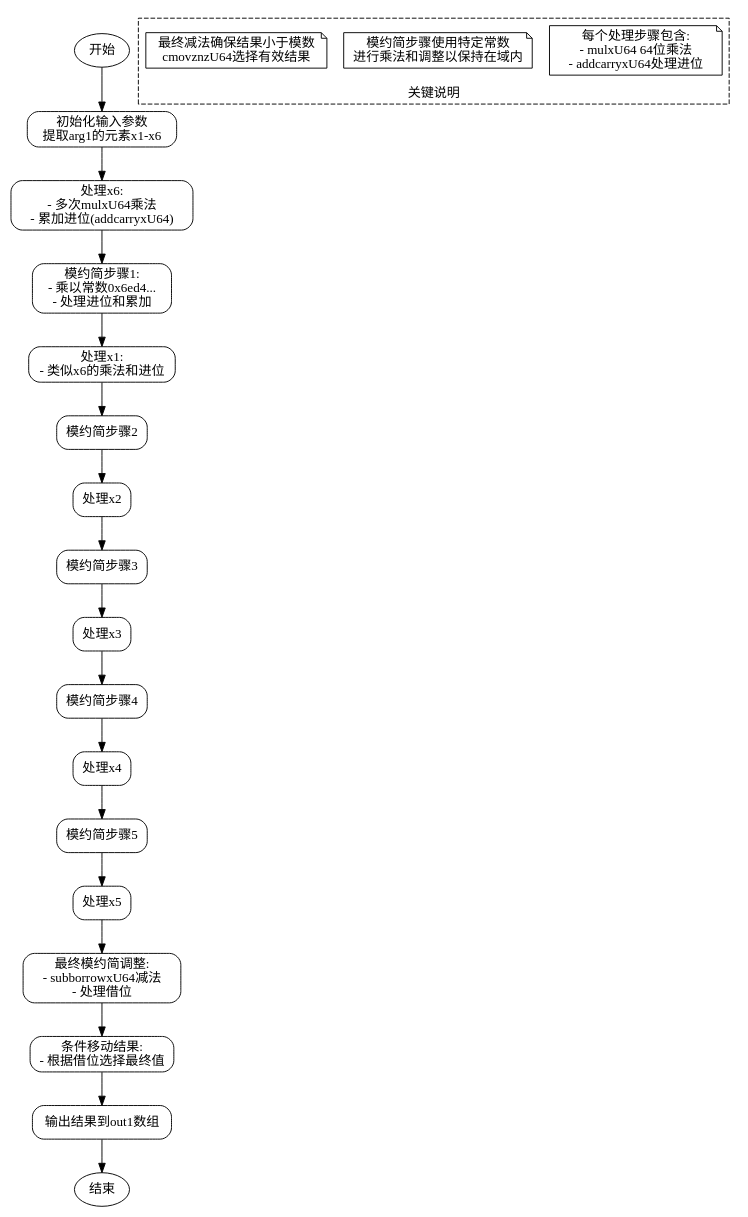
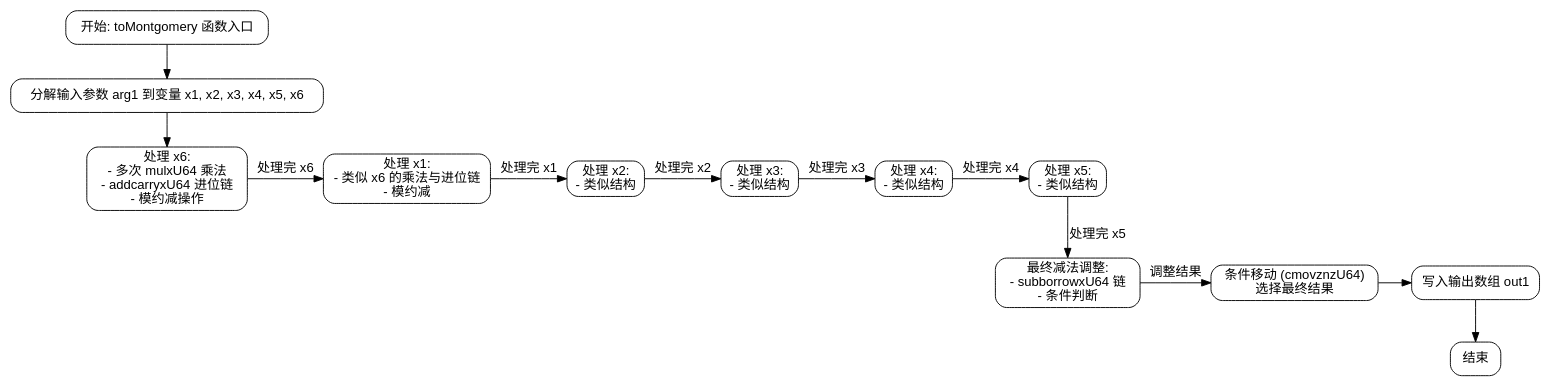
Before and after one commit to sdzx-1/deepseek-zig-reader: the diagram in dot_std/crypto/pcurves/p384/p384_scalar_64.zig.toMontgomery.md, drawn with Graphviz. The commit also changed other lines of this file and 236 other files, not shown here.

````diff
--- a/dot_std/crypto/pcurves/p384/p384_scalar_64.zig.toMontgomery.md
+++ b/dot_std/crypto/pcurves/p384/p384_scalar_64.zig.toMontgomery.md
@@ -56,52 +41,35 @@
-```graphviz
+```dot
 digraph flowchart {
-    node [shape=rectangle, style=rounded];
-    start [label="开始", shape=ellipse];
-    end [label="结束", shape=ellipse];
-    
-    // 主要步骤
-    init [label="初始化输入参数\n提取arg1的元素x1-x6"];
-    process_x6 [label="处理x6:\n- 多次mulxU64乘法\n- 累加进位(addcarryxU64)"];
-    mont_reduction1 [label="模约简步骤1:\n- 乘以常数0x6ed4...\n- 处理进位和累加"];
-    process_x1 [label="处理x1:\n- 类似x6的乘法和进位"];
-    mont_reduction2 [label="模约简步骤2"];
-    process_x2 [label="处理x2"];
-    mont_reduction3 [label="模约简步骤3"];
-    process_x3 [label="处理x3"];
-    mont_reduction4 [label="模约简步骤4"];
-    process_x4 [label="处理x4"];
-    mont_reduction5 [label="模约简步骤5"];
-    process_x5 [label="处理x5"];
-    final_reduction [label="最终模约简调整:\n- subborrowxU64减法\n- 处理借位"];
-    cmov_adj [label="条件移动结果:\n- 根据借位选择最终值"];
-    output [label="输出结果到out1数组"];
+    node [shape=rectangle, style="rounded", fontname="Helvetica"];
+    edge [fontname="Helvetica"];
 
-    // 连接节点
+    start [label="开始: toMontgomery 函数入口"];
+    init [label="分解输入参数 arg1 到变量 x1, x2, x3, x4, x5, x6"];
+    process_x6 [label="处理 x6:\n- 多次 mulxU64 乘法\n- addcarryxU64 进位链\n- 模约减操作"];
+    process_x1 [label="处理 x1:\n- 类似 x6 的乘法与进位链\n- 模约减"];
+    process_x2 [label="处理 x2:\n- 类似结构"];
+    process_x3 [label="处理 x3:\n- 类似结构"];
+    process_x4 [label="处理 x4:\n- 类似结构"];
+    process_x5 [label="处理 x5:\n- 类似结构"];
+    final_sub [label="最终减法调整:\n- subborrowxU64 链\n- 条件判断"];
+    cmov [label="条件移动 (cmovznzU64)\n选择最终结果"];
+    output [label="写入输出数组 out1"];
+    end [label="结束"];
+
     start -> init;
     init -> process_x6;
-    process_x6 -> mont_reduction1;
-    mont_reduction1 -> process_x1;
-    process_x1 -> mont_reduction2;
-    mont_reduction2 -> process_x2;
-    process_x2 -> mont_reduction3;
-    mont_reduction3 -> process_x3;
-    process_x3 -> mont_reduction4;
-    mont_reduction4 -> process_x4;
-    process_x4 -> mont_reduction5;
-    mont_reduction5 -> process_x5;
-    process_x5 -> final_reduction;
-    final_reduction -> cmov_adj;
-    cmov_adj -> output;
+    process_x6 -> process_x1 [label="处理完 x6"];
+    process_x1 -> process_x2 [label="处理完 x1"];
+    process_x2 -> process_x3 [label="处理完 x2"];
+    process_x3 -> process_x4 [label="处理完 x3"];
+    process_x4 -> process_x5 [label="处理完 x4"];
+    process_x5 -> final_sub [label="处理完 x5"];
+    final_sub -> cmov [label="调整结果"];
+    cmov -> output;
     output -> end;
-
-    // 注释说明
-    subgraph cluster_notes {
-        label="关键说明";
-        labelloc=b;
-        style=dashed;
-        note1 [label="每个处理步骤包含:\n- mulxU64 64位乘法\n- addcarryxU64处理进位", shape=note];
-        note2 [label="模约简步骤使用特定常数\n进行乘法和调整以保持在域内", shape=note];
-        note3 [label="最终减法确保结果小于模数\ncmovznzU64选择有效结果", shape=note];
-    }
+    
+    // 隐藏的边用于强制布局层级
+    {rank=same; process_x6 process_x1 process_x2 process_x3 process_x4 process_x5}
+    {rank=same; final_sub cmov output}
 }
 ```
````
